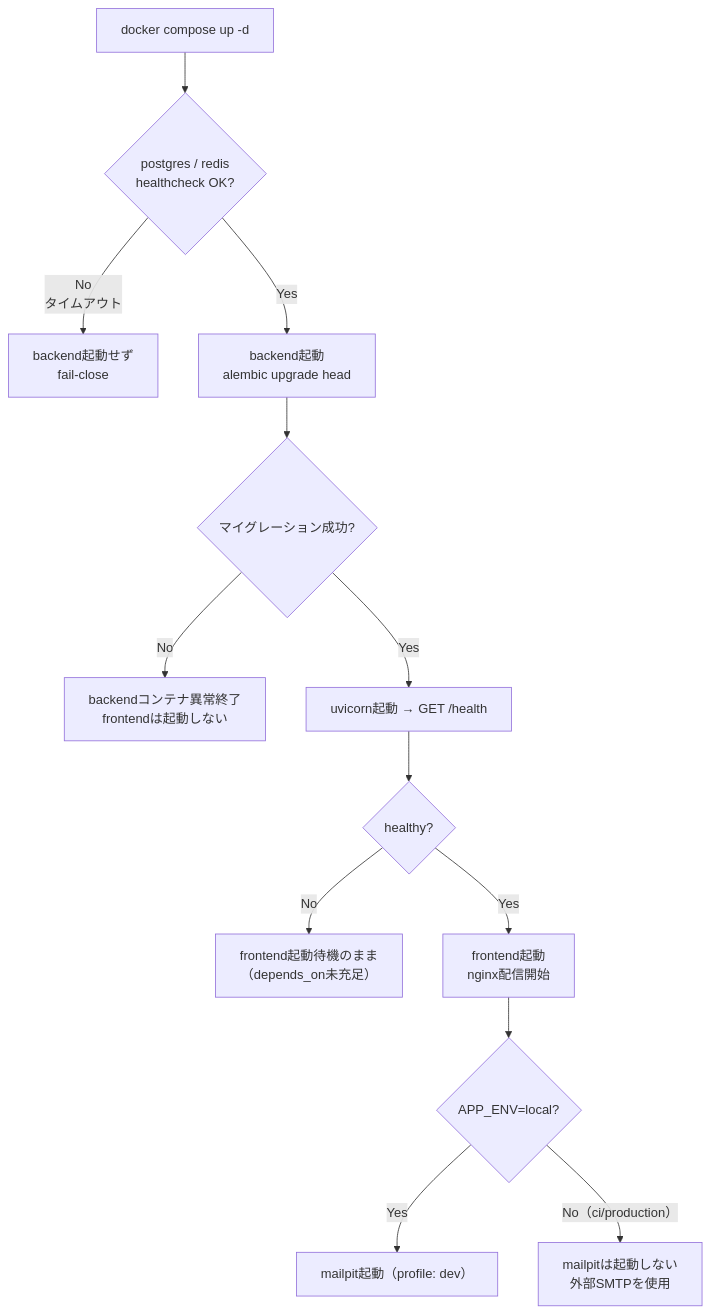
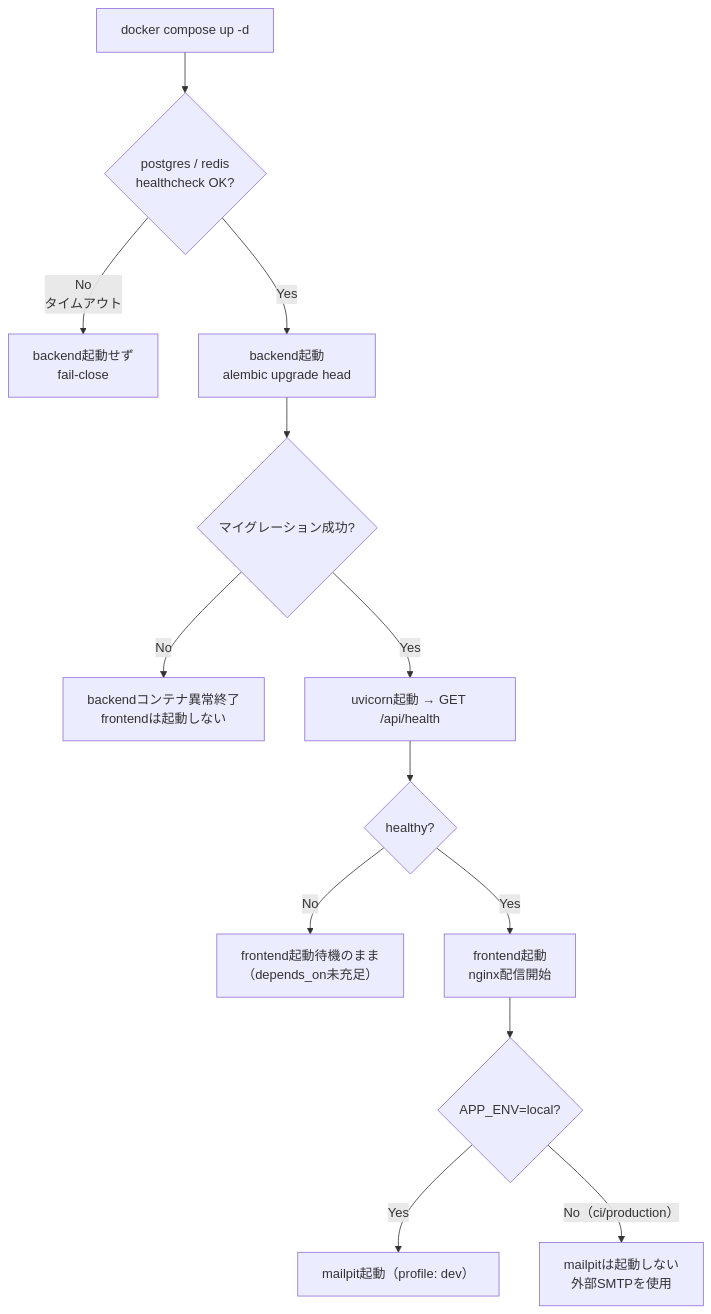
The third of 5 diagrams in detailed_design/infra/01_docker_compose.md (oikawa-d/task_management), drawn with Mermaid before and after one commit. The commit also changed other lines of this file and 14 other files, not shown here.

````diff
--- a/detailed_design/infra/01_docker_compose.md
+++ b/detailed_design/infra/01_docker_compose.md
@@ -120,15 +120,15 @@
 ```mermaid
 flowchart TB
     A["docker compose up -d"] --> B{"postgres / redis<br/>healthcheck OK?"}
     B -->|No<br/>タイムアウト| F1["backend起動せず<br/>fail-close"]
     B -->|Yes| C["backend起動<br/>alembic upgrade head"]
     C --> D{"マイグレーション成功?"}
     D -->|No| F2["backendコンテナ異常終了<br/>frontendは起動しない"]
-    D -->|Yes| E["uvicorn起動 → GET /health"]
+    D -->|Yes| E["uvicorn起動 → GET /api/health"]
     E --> G{"healthy?"}
     G -->|No| F3["frontend起動待機のまま<br/>（depends_on未充足）"]
     G -->|Yes| H["frontend起動<br/>nginx配信開始"]
     H --> I{"APP_ENV=local?"}
     I -->|Yes| J["mailpit起動（profile: dev）"]
     I -->|No（ci/production）| K["mailpitは起動しない<br/>外部SMTPを使用"]
 ```
````
